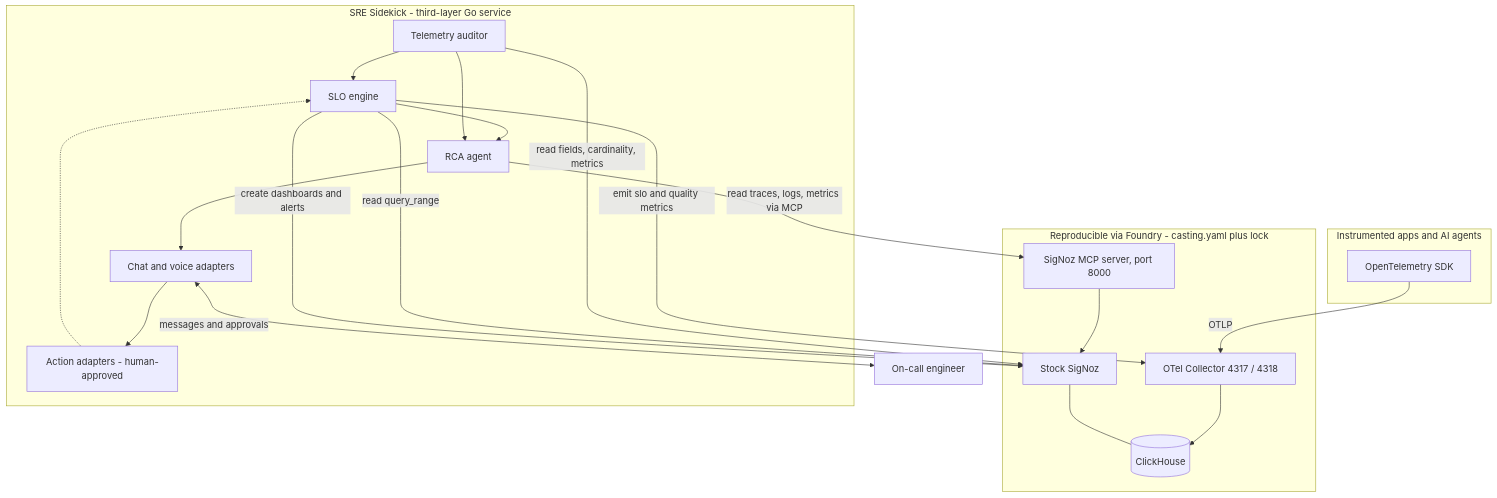
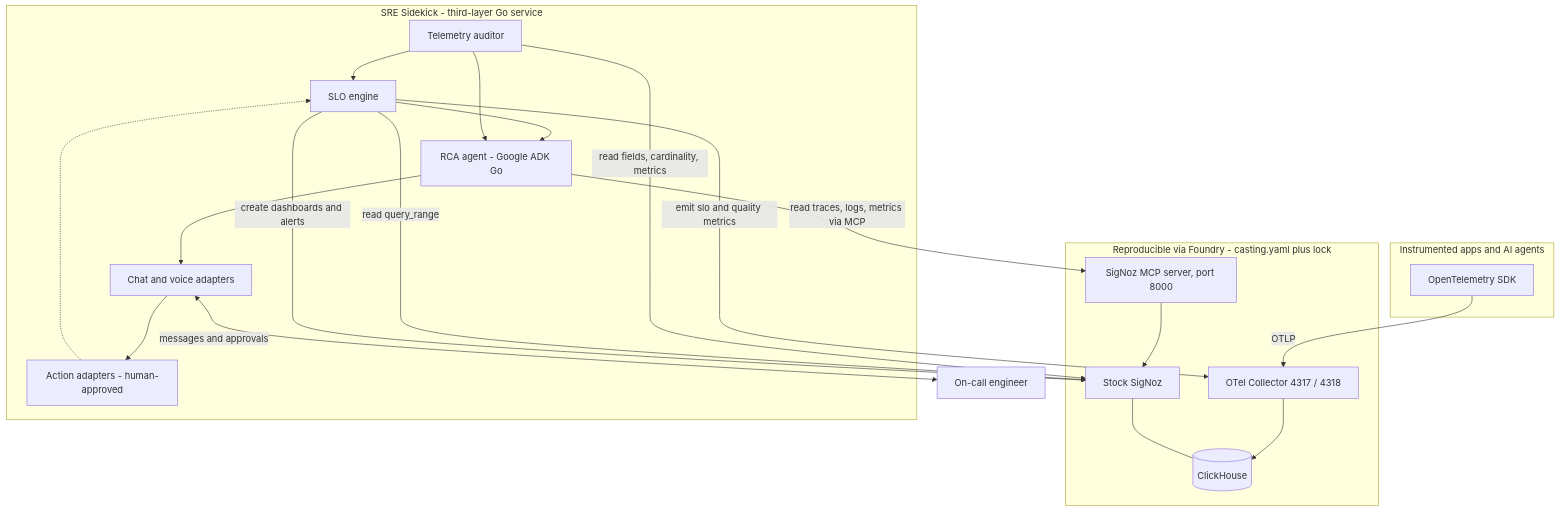
Before and after one commit to SigNoz/signoz: the second of 4 diagrams in hackathon/telemetry-health-auditor-prd.md, drawn with Mermaid. The commit also changed other lines of this file, not shown here.

First line of the commit message:
docs(prd): adopt Google ADK Go for the agentic RCA layer

````diff
--- a/hackathon/telemetry-health-auditor-prd.md
+++ b/hackathon/telemetry-health-auditor-prd.md
@@ -203,37 +203,37 @@
 ```mermaid
 flowchart TD
     subgraph apps["Instrumented apps and AI agents"]
         SDK["OpenTelemetry SDK"]
     end
 
     subgraph foundry["Reproducible via Foundry - casting.yaml plus lock"]
         COL["OTel Collector 4317 / 4318"]
         SZ["Stock SigNoz"]
         MCP["SigNoz MCP server, port 8000"]
         CH[("ClickHouse")]
         SDK -->|OTLP| COL --> CH
         SZ --- CH
         MCP --> SZ
     end
 
     subgraph sidekick["SRE Sidekick - third-layer Go service"]
         AUD["Telemetry auditor"]
         SLO["SLO engine"]
-        RCA["RCA agent"]
+        RCA["RCA agent - Google ADK Go"]
         NOTIFY["Chat and voice adapters"]
         ACT["Action adapters - human-approved"]
         AUD --> SLO
         SLO --> RCA
         AUD --> RCA
         RCA --> NOTIFY
         NOTIFY --> ACT
         ACT -.-> SLO
     end
 
     AUD -->|"read fields, cardinality, metrics"| SZ
     SLO -->|"read query_range"| SZ
     RCA -->|"read traces, logs, metrics via MCP"| MCP
     SLO -->|"emit slo and quality metrics"| COL
     SLO -->|"create dashboards and alerts"| SZ
     NOTIFY <-->|"messages and approvals"| USER["On-call engineer"]
 ```
````
